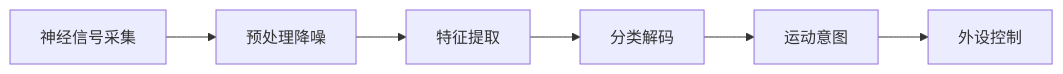
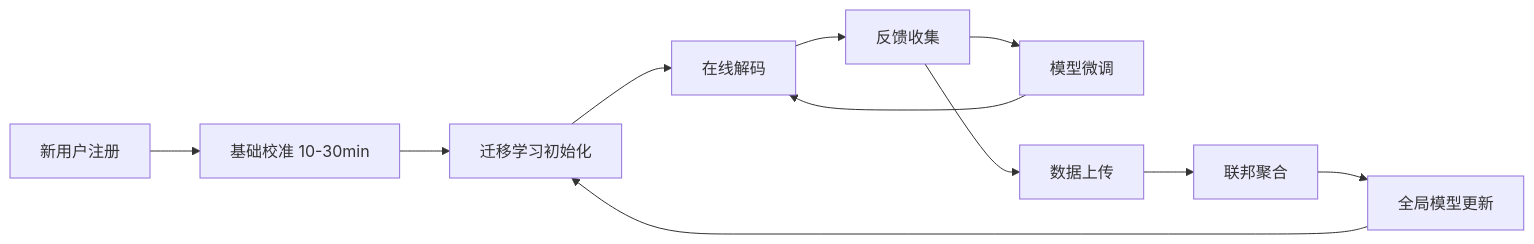
One commit to kudig-io/kudig-database changed the third of 3 diagrams in topic-application-architecture/67-brain-computer-interface.md. Above: the diagram before and after it, drawn with Mermaid. The commit also changed other lines of this file and 8633 other files, not shown here.

````diff
--- a/topic-application-architecture/67-brain-computer-interface.md
+++ b/topic-application-architecture/67-brain-computer-interface.md
@@ -135,8 +190,13 @@
 ```mermaid
 flowchart LR
-    A[神经信号采集] --> B[预处理降噪]
-    B --> C[特征提取]
-    C --> D[分类解码]
-    D --> E[运动意图]
-    E --> F[外设控制]
+    A[新用户注册] --> B[基础校准 10-30min]
+    B --> C[迁移学习初始化]
+    C --> D[在线解码]
+    D --> E[反馈收集]
+    E --> F[模型微调]
+    F --> D
+    E --> G[数据上传]
+    G --> H[联邦聚合]
+    H --> I[全局模型更新]
+    I --> C
 ```
````
